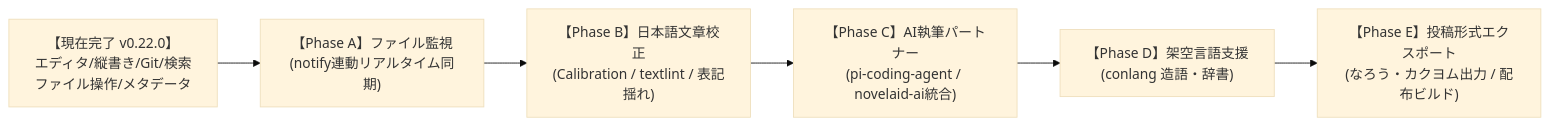
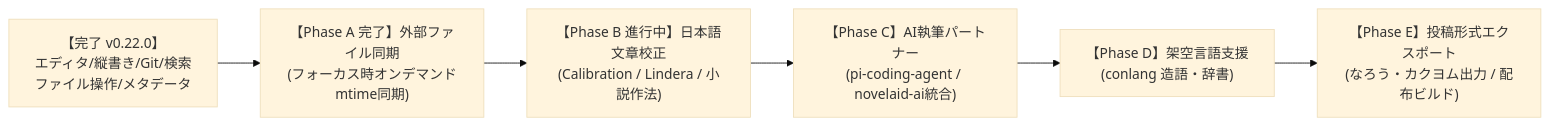
The second of 2 diagrams in docs/dev/3アプリ機能実装状況比較およびnovelaide開発計画.md (mituha/novelaide), drawn with Mermaid (base theme) before and after one commit. The commit also changed other lines of this file and 1 other file, not shown here.

Commit message:
docs: Phase A（外部ファイル同期）の実装完了実績およびロードマップ最新化

````diff
--- a/docs/dev/3アプリ機能実装状況比較およびnovelaide開発計画.md
+++ b/docs/dev/3アプリ機能実装状況比較およびnovelaide開発計画.md
@@ -89,12 +89,12 @@
 ```mermaid
 flowchart LR
-    P0["【現在完了 v0.22.0】\nエディタ/縦書き/Git/検索\nファイル操作/メタデータ"]
+    P0["【完了 v0.22.0】\nエディタ/縦書き/Git/検索\nファイル操作/メタデータ"]
     
-    P1["【Phase A】ファイル監視\n(notify連動リアルタイム同期)"]
-    P2["【Phase B】日本語文章校正\n(Calibration / textlint / 表記揺れ)"]
+    P1["【Phase A 完了】外部ファイル同期\n(フォーカス時オンデマンドmtime同期)"]
+    P2["【Phase B 進行中】日本語文章校正\n(Calibration / Lindera / 小説作法)"]
     P3["【Phase C】AI執筆パートナー\n(pi-coding-agent / novelaid-ai統合)"]
     P4["【Phase D】架空言語支援\n(conlang 造語・辞書)"]
     P5["【Phase E】投稿形式エクスポート\n(なろう・カクヨム出力 / 配布ビルド)"]
 
     P0 --> P1 --> P2 --> P3 --> P4 --> P5
 ```
````
